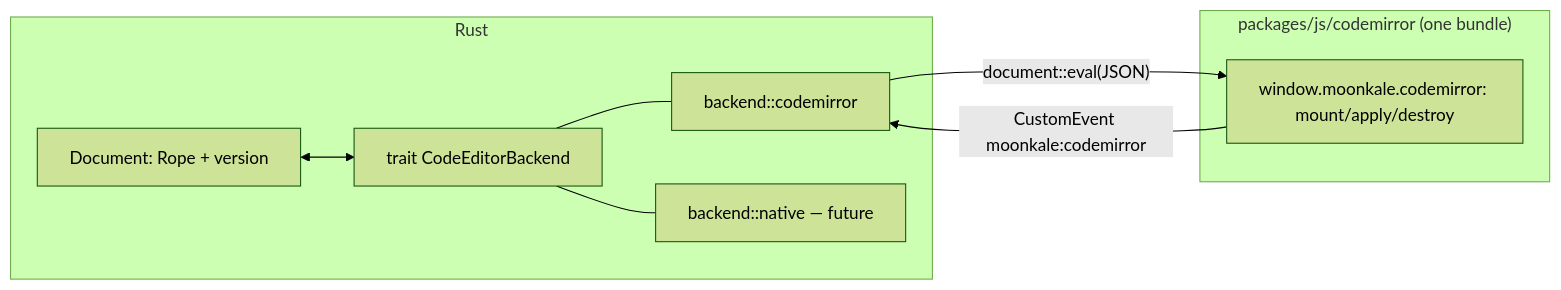
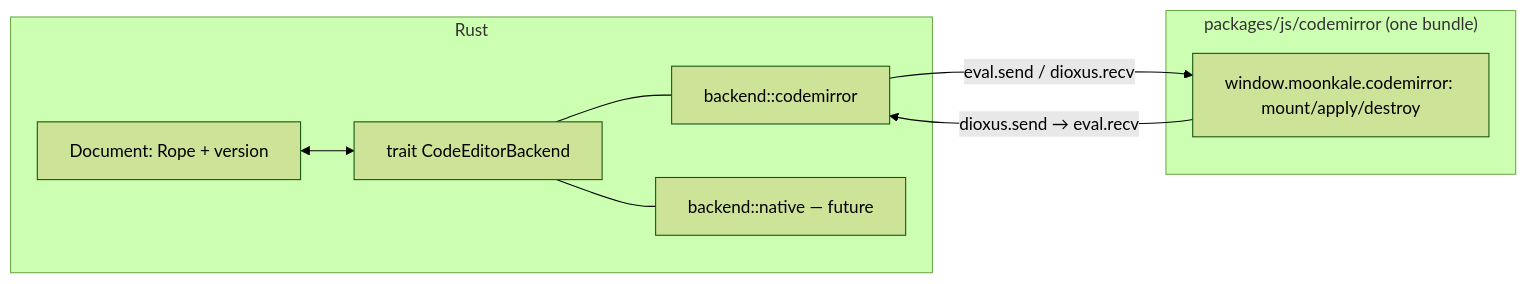
Before and after one commit to MathStruct/Moonkale: the diagram in markdown/architecture/JS Interop Boundary.md, drawn with Mermaid (forest theme). The commit also changed other lines of this file and 114 other files, not shown here.

````diff
--- a/markdown/architecture/JS Interop Boundary.md
+++ b/markdown/architecture/JS Interop Boundary.md
@@ -9,17 +9,17 @@
 ```mermaid
 flowchart LR
   subgraph Rust
     D[Document: Rope + version]
     T["trait CodeEditorBackend"]
     CM[backend::codemirror]
     NA[backend::native — future]
     D <--> T
     T --- CM
     T --- NA
   end
   subgraph JS["packages/js/codemirror (one bundle)"]
     W[window.moonkale.codemirror: mount/apply/destroy]
   end
-  CM -- "document::eval(JSON)" --> W
-  W -- "CustomEvent moonkale:codemirror" --> CM
+  CM -- "eval.send / dioxus.recv" --> W
+  W -- "dioxus.send → eval.recv" --> CM
 ```
````
